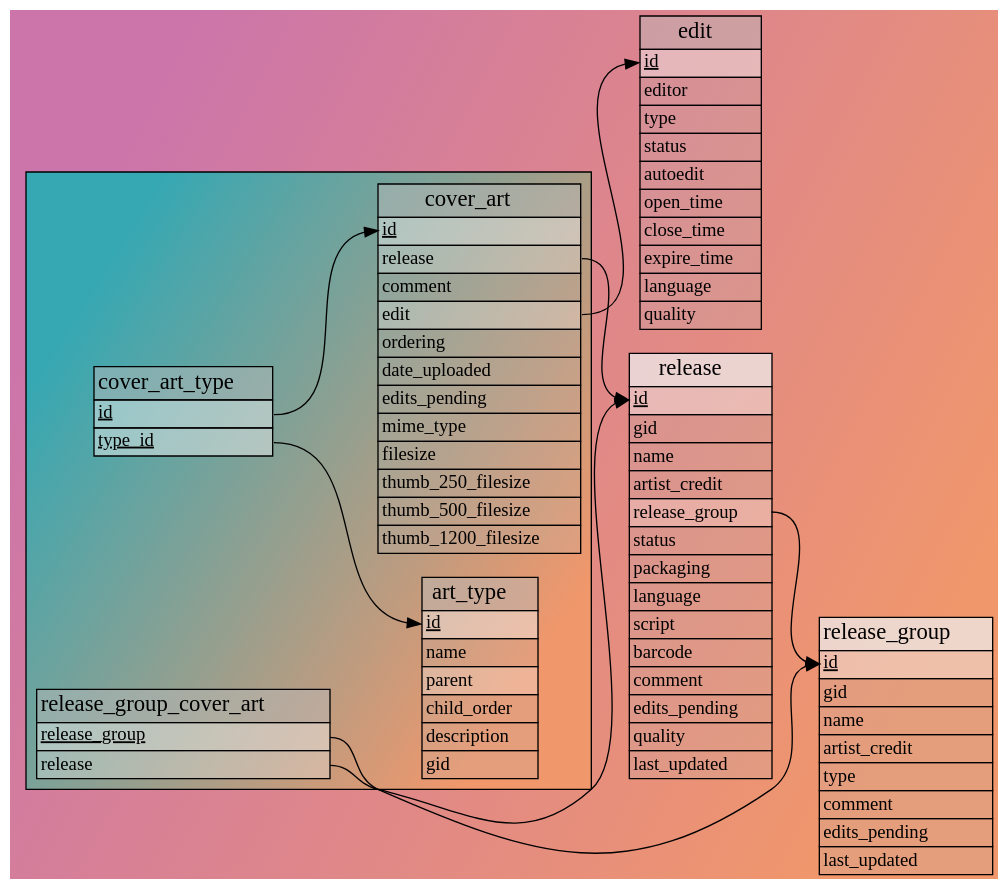
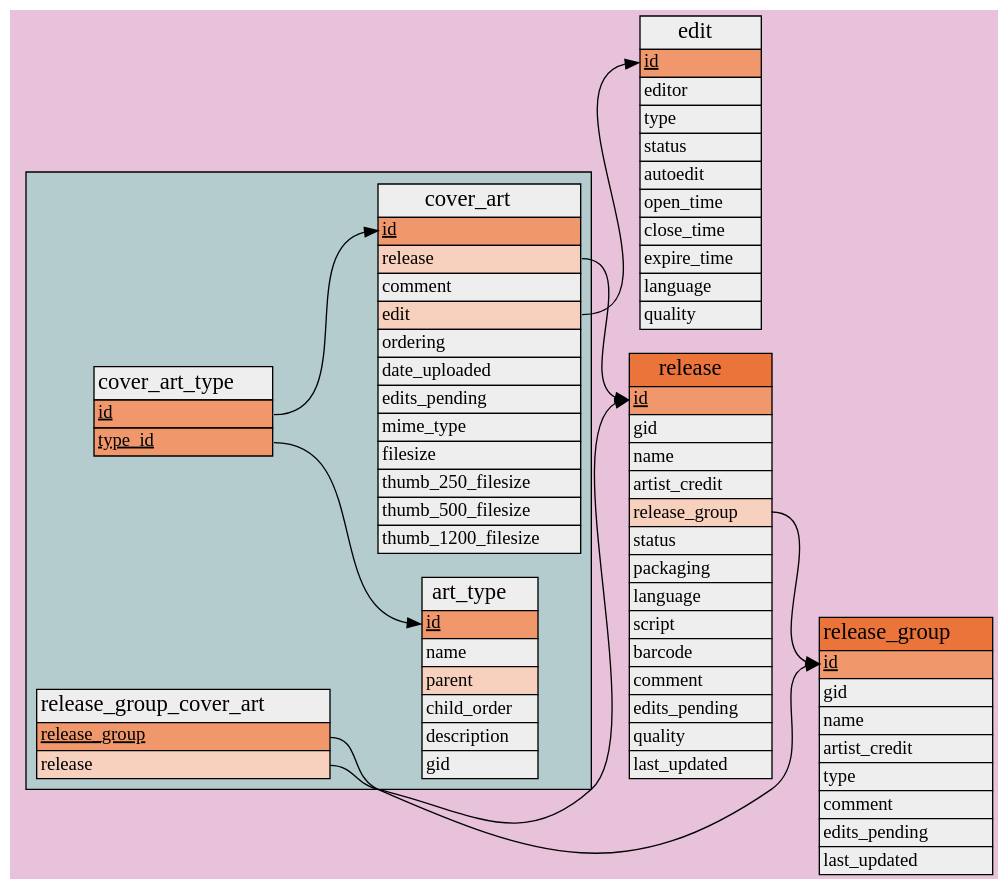
One commit to metabrainz/musicbrainz-server changed the diagram in docs/database_schema_diagrams/graphs/cover_art_details.dot. Above: the diagram before and after it, drawn with Graphviz. The commit also changed 45 other files, not shown here.

First line of the commit message:
Regenerate graphs and images with new colors

```diff
--- a/docs/database_schema_diagrams/graphs/cover_art_details.dot
+++ b/docs/database_schema_diagrams/graphs/cover_art_details.dot
@@ -3,9 +3,8 @@
 digraph cover_art_details {
     tooltip = "Tables for cover art"
     graph [
-        bgcolor = "#cb75ab:#f0976c"
+        bgcolor = "#e8c2da"
         concentrate = true
-        gradientangle = 330
         pack = true
         rankdir = "LR"
     ];
@@ -17,110 +16,110 @@
     "cover_art_archive.art_type" [
         label = <
             <table border="0" cellspacing="0" cellborder="1">
-                <tr><td bgcolor="#bbbbbb77"><font point-size="17">art_type</font></td></tr>
-                <tr><td bgcolor="#eeeeee77" align="left" port="id"><font point-size="14"><u>id</u></font></td></tr>
-                <tr><td bgcolor="#bbbbbb33" align="left" port="name"><font point-size="14">name</font></td></tr>
-                <tr><td bgcolor="#eeeeee55" align="left" port="parent"><font point-size="14">parent</font></td></tr>
-                <tr><td bgcolor="#bbbbbb33" align="left" port="child_order"><font point-size="14">child_order</font></td></tr>
-                <tr><td bgcolor="#bbbbbb33" align="left" port="description"><font point-size="14">description</font></td></tr>
-                <tr><td bgcolor="#bbbbbb33" align="left" port="gid"><font point-size="14">gid</font></td></tr>
+                <tr><td bgcolor="#eeeeee"><font point-size="17">art_type</font></td></tr>
+                <tr><td bgcolor="#f0976c" align="left" port="id"><font point-size="14"><u>id</u></font></td></tr>
+                <tr><td bgcolor="#eeeeee" align="left" port="name"><font point-size="14">name</font></td></tr>
+                <tr><td bgcolor="#f8d1be" align="left" port="parent"><font point-size="14">parent</font></td></tr>
+                <tr><td bgcolor="#eeeeee" align="left" port="child_order"><font point-size="14">child_order</font></td></tr>
+                <tr><td bgcolor="#eeeeee" align="left" port="description"><font point-size="14">description</font></td></tr>
+                <tr><td bgcolor="#eeeeee" align="left" port="gid"><font point-size="14">gid</font></td></tr>
             </table>
         >
     ];
     "cover_art_archive.cover_art" [
         label = <
             <table border="0" cellspacing="0" cellborder="1">
-                <tr><td bgcolor="#bbbbbb77"><font point-size="17">cover_art</font></td></tr>
-                <tr><td bgcolor="#eeeeee77" align="left" port="id"><font point-size="14"><u>id</u></font></td></tr>
-                <tr><td bgcolor="#eeeeee55" align="left" port="release"><font point-size="14">release</font></td></tr>
-                <tr><td bgcolor="#bbbbbb33" align="left" port="comment"><font point-size="14">comment</font></td></tr>
-                <tr><td bgcolor="#eeeeee55" align="left" port="edit"><font point-size="14">edit</font></td></tr>
-                <tr><td bgcolor="#bbbbbb33" align="left" port="ordering"><font point-size="14">ordering</font></td></tr>
-                <tr><td bgcolor="#bbbbbb33" align="left" port="date_uploaded"><font point-size="14">date_uploaded</font></td></tr>
-                <tr><td bgcolor="#bbbbbb33" align="left" port="edits_pending"><font point-size="14">edits_pending</font></td></tr>
-                <tr><td bgcolor="#bbbbbb33" align="left" port="mime_type"><font point-size="14">mime_type</font></td></tr>
-                <tr><td bgcolor="#bbbbbb33" align="left" port="filesize"><font point-size="14">filesize</font></td></tr>
-                <tr><td bgcolor="#bbbbbb33" align="left" port="thumb_250_filesize"><font point-size="14">thumb_250_filesize</font></td></tr>
-                <tr><td bgcolor="#bbbbbb33" align="left" port="thumb_500_filesize"><font point-size="14">thumb_500_filesize</font></td></tr>
-                <tr><td bgcolor="#bbbbbb33" align="left" port="thumb_1200_filesize"><font point-size="14">thumb_1200_filesize</font></td></tr>
+                <tr><td bgcolor="#eeeeee"><font point-size="17">cover_art</font></td></tr>
+                <tr><td bgcolor="#f0976c" align="left" port="id"><font point-size="14"><u>id</u></font></td></tr>
+                <tr><td bgcolor="#f8d1be" align="left" port="release"><font point-size="14">release</font></td></tr>
+                <tr><td bgcolor="#eeeeee" align="left" port="comment"><font point-size="14">comment</font></td></tr>
+                <tr><td bgcolor="#f8d1be" align="left" port="edit"><font point-size="14">edit</font></td></tr>
+                <tr><td bgcolor="#eeeeee" align="left" port="ordering"><font point-size="14">ordering</font></td></tr>
+                <tr><td bgcolor="#eeeeee" align="left" port="date_uploaded"><font point-size="14">date_uploaded</font></td></tr>
+                <tr><td bgcolor="#eeeeee" align="left" port="edits_pending"><font point-size="14">edits_pending</font></td></tr>
+                <tr><td bgcolor="#eeeeee" align="left" port="mime_type"><font point-size="14">mime_type</font></td></tr>
+                <tr><td bgcolor="#eeeeee" align="left" port="filesize"><font point-size="14">filesize</font></td></tr>
+                <tr><td bgcolor="#eeeeee" align="left" port="thumb_250_filesize"><font point-size="14">thumb_250_filesize</font></td></tr>
+                <tr><td bgcolor="#eeeeee" align="left" port="thumb_500_filesize"><font point-size="14">thumb_500_filesize</font></td></tr>
+                <tr><td bgcolor="#eeeeee" align="left" port="thumb_1200_filesize"><font point-size="14">thumb_1200_filesize</font></td></tr>
             </table>
         >
     ];
     "cover_art_archive.cover_art_type" [
         label = <
             <table border="0" cellspacing="0" cellborder="1">
-                <tr><td bgcolor="#bbbbbb77"><font point-size="17">cover_art_type</font></td></tr>
-                <tr><td bgcolor="#eeeeee77" align="left" port="id"><font point-size="14"><u>id</u></font></td></tr>
-                <tr><td bgcolor="#eeeeee77" align="left" port="type_id"><font point-size="14"><u>type_id</u></font></td></tr>
+                <tr><td bgcolor="#eeeeee"><font point-size="17">cover_art_type</font></td></tr>
+                <tr><td bgcolor="#f0976c" align="left" port="id"><font point-size="14"><u>id</u></font></td></tr>
+                <tr><td bgcolor="#f0976c" align="left" port="type_id"><font point-size="14"><u>type_id</u></font></td></tr>
             </table>
         >
     ];
     "cover_art_archive.release_group_cover_art" [
         label = <
             <table border="0" cellspacing="0" cellborder="1">
-                <tr><td bgcolor="#bbbbbb77"><font point-size="17">release_group_cover_art</font></td></tr>
-                <tr><td bgcolor="#eeeeee77" align="left" port="release_group"><font point-size="14"><u>release_group</u></font></td></tr>
-                <tr><td bgcolor="#eeeeee55" align="left" port="release"><font point-size="14">release</font></td></tr>
+                <tr><td bgcolor="#eeeeee"><font point-size="17">release_group_cover_art</font></td></tr>
+                <tr><td bgcolor="#f0976c" align="left" port="release_group"><font point-size="14"><u>release_group</u></font></td></tr>
+                <tr><td bgcolor="#f8d1be" align="left" port="release"><font point-size="14">release</font></td></tr>
             </table>
         >
     ];
     "musicbrainz.edit" [
         label = <
             <table border="0" cellspacing="0" cellborder="1">
-                <tr><td bgcolor="#bbbbbb77"><font point-size="17">edit</font></td></tr>
-                <tr><td bgcolor="#eeeeee77" align="left" port="id"><font point-size="14"><u>id</u></font></td></tr>
-                <tr><td bgcolor="#bbbbbb33" align="left" port="editor"><font point-size="14">editor</font></td></tr>
-                <tr><td bgcolor="#bbbbbb33" align="left" port="type"><font point-size="14">type</font></td></tr>
-                <tr><td bgcolor="#bbbbbb33" align="left" port="status"><font point-size="14">status</font></td></tr>
-                <tr><td bgcolor="#bbbbbb33" align="left" port="autoedit"><font point-size="14">autoedit</font></td></tr>
-                <tr><td bgcolor="#bbbbbb33" align="left" port="open_time"><font point-size="14">open_time</font></td></tr>
-                <tr><td bgcolor="#bbbbbb33" align="left" port="close_time"><font point-size="14">close_time</font></td></tr>
-                <tr><td bgcolor="#bbbbbb33" align="left" port="expire_time"><font point-size="14">expire_time</font></td></tr>
-                <tr><td bgcolor="#bbbbbb33" align="left" port="language"><font point-size="14">language</font></td></tr>
-                <tr><td bgcolor="#bbbbbb33" align="left" port="quality"><font point-size="14">quality</font></td></tr>
+                <tr><td bgcolor="#eeeeee"><font point-size="17">edit</font></td></tr>
+                <tr><td bgcolor="#f0976c" align="left" port="id"><font point-size="14"><u>id</u></font></td></tr>
+                <tr><td bgcolor="#eeeeee" align="left" port="editor"><font point-size="14">editor</font></td></tr>
+                <tr><td bgcolor="#eeeeee" align="left" port="type"><font point-size="14">type</font></td></tr>
+                <tr><td bgcolor="#eeeeee" align="left" port="status"><font point-size="14">status</font></td></tr>
+                <tr><td bgcolor="#eeeeee" align="left" port="autoedit"><font point-size="14">autoedit</font></td></tr>
+                <tr><td bgcolor="#eeeeee" align="left" port="open_time"><font point-size="14">open_time</font></td></tr>
+                <tr><td bgcolor="#eeeeee" align="left" port="close_time"><font point-size="14">close_time</font></td></tr>
+                <tr><td bgcolor="#eeeeee" align="left" port="expire_time"><font point-size="14">expire_time</font></td></tr>
+                <tr><td bgcolor="#eeeeee" align="left" port="language"><font point-size="14">language</font></td></tr>
+                <tr><td bgcolor="#eeeeee" align="left" port="quality"><font point-size="14">quality</font></td></tr>
             </table>
         >
     ];
     "musicbrainz.release" [
         label = <
             <table border="0" cellspacing="0" cellborder="1">
-                <tr><td bgcolor="#eeeeeebb"><font point-size="17">release</font></td></tr>
-                <tr><td bgcolor="#eeeeee77" align="left" port="id"><font point-size="14"><u>id</u></font></td></tr>
-                <tr><td bgcolor="#bbbbbb33" align="left" port="gid"><font point-size="14">gid</font></td></tr>
-                <tr><td bgcolor="#bbbbbb33" align="left" port="name"><font point-size="14">name</font></td></tr>
-                <tr><td bgcolor="#bbbbbb33" align="left" port="artist_credit"><font point-size="14">artist_credit</font></td></tr>
-                <tr><td bgcolor="#eeeeee55" align="left" port="release_group"><font point-size="14">release_group</font></td></tr>
-                <tr><td bgcolor="#bbbbbb33" align="left" port="status"><font point-size="14">status</font></td></tr>
-                <tr><td bgcolor="#bbbbbb33" align="left" port="packaging"><font point-size="14">packaging</font></td></tr>
-                <tr><td bgcolor="#bbbbbb33" align="left" port="language"><font point-size="14">language</font></td></tr>
-                <tr><td bgcolor="#bbbbbb33" align="left" port="script"><font point-size="14">script</font></td></tr>
-                <tr><td bgcolor="#bbbbbb33" align="left" port="barcode"><font point-size="14">barcode</font></td></tr>
-                <tr><td bgcolor="#bbbbbb33" align="left" port="comment"><font point-size="14">comment</font></td></tr>
-                <tr><td bgcolor="#bbbbbb33" align="left" port="edits_pending"><font point-size="14">edits_pending</font></td></tr>
-                <tr><td bgcolor="#bbbbbb33" align="left" port="quality"><font point-size="14">quality</font></td></tr>
-                <tr><td bgcolor="#bbbbbb33" align="left" port="last_updated"><font point-size="14">last_updated</font></td></tr>
+                <tr><td bgcolor="#eb743b"><font point-size="17">release</font></td></tr>
+                <tr><td bgcolor="#f0976c" align="left" port="id"><font point-size="14"><u>id</u></font></td></tr>
+                <tr><td bgcolor="#eeeeee" align="left" port="gid"><font point-size="14">gid</font></td></tr>
+                <tr><td bgcolor="#eeeeee" align="left" port="name"><font point-size="14">name</font></td></tr>
+                <tr><td bgcolor="#eeeeee" align="left" port="artist_credit"><font point-size="14">artist_credit</font></td></tr>
+                <tr><td bgcolor="#f8d1be" align="left" port="release_group"><font point-size="14">release_group</font></td></tr>
+                <tr><td bgcolor="#eeeeee" align="left" port="status"><font point-size="14">status</font></td></tr>
+                <tr><td bgcolor="#eeeeee" align="left" port="packaging"><font point-size="14">packaging</font></td></tr>
+                <tr><td bgcolor="#eeeeee" align="left" port="language"><font point-size="14">language</font></td></tr>
+                <tr><td bgcolor="#eeeeee" align="left" port="script"><font point-size="14">script</font></td></tr>
+                <tr><td bgcolor="#eeeeee" align="left" port="barcode"><font point-size="14">barcode</font></td></tr>
+                <tr><td bgcolor="#eeeeee" align="left" port="comment"><font point-size="14">comment</font></td></tr>
+                <tr><td bgcolor="#eeeeee" align="left" port="edits_pending"><font point-size="14">edits_pending</font></td></tr>
+                <tr><td bgcolor="#eeeeee" align="left" port="quality"><font point-size="14">quality</font></td></tr>
+                <tr><td bgcolor="#eeeeee" align="left" port="last_updated"><font point-size="14">last_updated</font></td></tr>
             </table>
         >
     ];
     "musicbrainz.release_group" [
         label = <
             <table border="0" cellspacing="0" cellborder="1">
-                <tr><td bgcolor="#eeeeeebb"><font point-size="17">release_group</font></td></tr>
-                <tr><td bgcolor="#eeeeee77" align="left" port="id"><font point-size="14"><u>id</u></font></td></tr>
-                <tr><td bgcolor="#bbbbbb33" align="left" port="gid"><font point-size="14">gid</font></td></tr>
-                <tr><td bgcolor="#bbbbbb33" align="left" port="name"><font point-size="14">name</font></td></tr>
-                <tr><td bgcolor="#bbbbbb33" align="left" port="artist_credit"><font point-size="14">artist_credit</font></td></tr>
-                <tr><td bgcolor="#bbbbbb33" align="left" port="type"><font point-size="14">type</font></td></tr>
-                <tr><td bgcolor="#bbbbbb33" align="left" port="comment"><font point-size="14">comment</font></td></tr>
-                <tr><td bgcolor="#bbbbbb33" align="left" port="edits_pending"><font point-size="14">edits_pending</font></td></tr>
-                <tr><td bgcolor="#bbbbbb33" align="left" port="last_updated"><font point-size="14">last_updated</font></td></tr>
+                <tr><td bgcolor="#eb743b"><font point-size="17">release_group</font></td></tr>
+                <tr><td bgcolor="#f0976c" align="left" port="id"><font point-size="14"><u>id</u></font></td></tr>
+                <tr><td bgcolor="#eeeeee" align="left" port="gid"><font point-size="14">gid</font></td></tr>
+                <tr><td bgcolor="#eeeeee" align="left" port="name"><font point-size="14">name</font></td></tr>
+                <tr><td bgcolor="#eeeeee" align="left" port="artist_credit"><font point-size="14">artist_credit</font></td></tr>
+                <tr><td bgcolor="#eeeeee" align="left" port="type"><font point-size="14">type</font></td></tr>
+                <tr><td bgcolor="#eeeeee" align="left" port="comment"><font point-size="14">comment</font></td></tr>
+                <tr><td bgcolor="#eeeeee" align="left" port="edits_pending"><font point-size="14">edits_pending</font></td></tr>
+                <tr><td bgcolor="#eeeeee" align="left" port="last_updated"><font point-size="14">last_updated</font></td></tr>
             </table>
         >
     ];
 
   // Schemas other than 'musicbrainz'
     subgraph cluster_cover_art_archive {
-        bgcolor = "#35a8b3:#f0976c"
+        bgcolor = "#b5ccce"
 
         "cover_art_archive.art_type";
         "cover_art_archive.cover_art";
```
